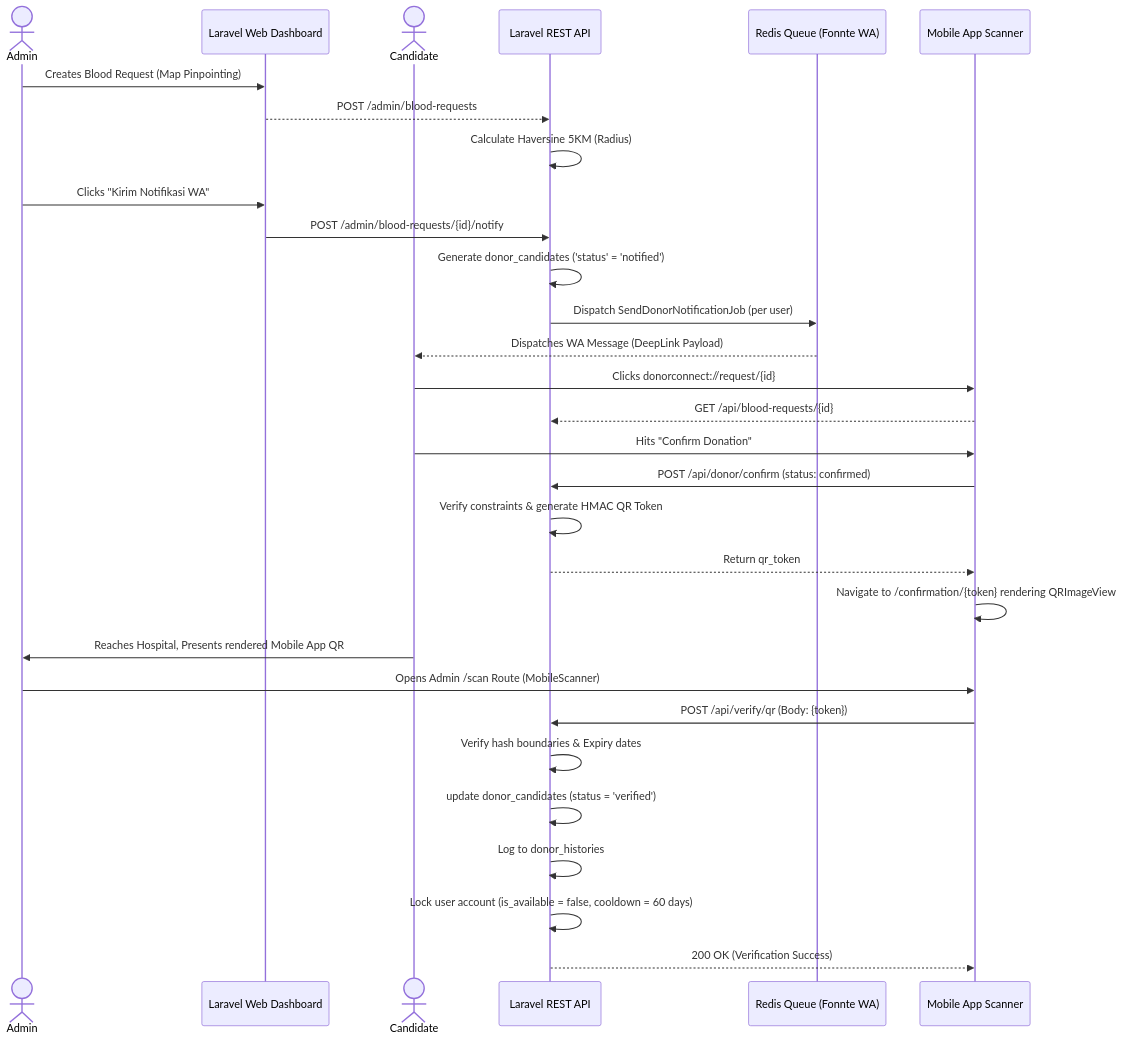
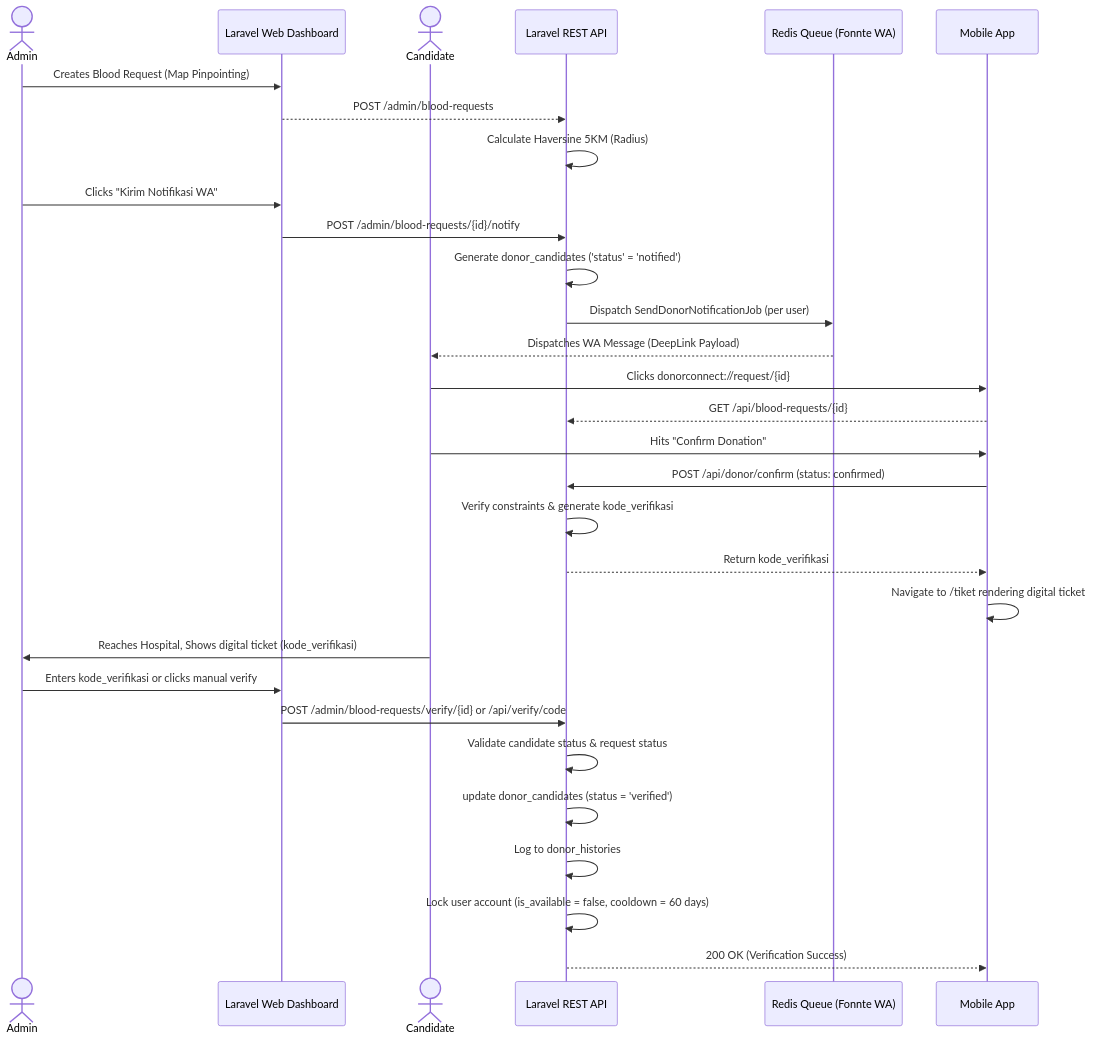
The diagram in donorconnect-backend/docs/sequence_diagram.md (ZkyJackyy/Donor-darah---tugas-akhir), drawn with Mermaid before and after one commit. The commit also changed 52 other files, not shown here.

Commit message:
feat: implement core blood request management system including mobile APIs, admin web dashboards, and donor coordination workflows

````diff
--- a/donorconnect-backend/docs/sequence_diagram.md
+++ b/donorconnect-backend/docs/sequence_diagram.md
@@ -5,44 +5,44 @@
 ```mermaid
 sequenceDiagram
     actor Admin
     participant WebUI as Laravel Web Dashboard
     actor Donor as Candidate
     participant API as Laravel REST API
     participant Worker as Redis Queue (Fonnte WA)
-    participant Flutter as Mobile App Scanner
+    participant Flutter as Mobile App
     
     %% Phase 1: Request
     Admin->>WebUI: Creates Blood Request (Map Pinpointing)
     WebUI-->>API: POST /admin/blood-requests
     API->>API: Calculate Haversine 5KM (Radius)
     
     %% Phase 2: Interception
     Admin->>WebUI: Clicks "Kirim Notifikasi WA"
     WebUI->>API: POST /admin/blood-requests/{id}/notify
     API->>API: Generate donor_candidates ('status' = 'notified')
     API->>Worker: Dispatch SendDonorNotificationJob (per user)
     Worker-->>Donor: Dispatches WA Message (DeepLink Payload)
     
     %% Phase 3: Confirmation
     Donor->>Flutter: Clicks donorconnect://request/{id}
     Flutter-->>API: GET /api/blood-requests/{id}
     Donor->>Flutter: Hits "Confirm Donation"
     Flutter->>API: POST /api/donor/confirm (status: confirmed)
     
-    %% Phase 4: Token Exchange
-    API->>API: Verify constraints & generate HMAC QR Token
-    API-->>Flutter: Return qr_token
-    Flutter->>Flutter: Navigate to /confirmation/{token} rendering QRImageView
+    %% Phase 4: Ticket Issuance
+    API->>API: Verify constraints & generate kode_verifikasi
+    API-->>Flutter: Return kode_verifikasi
+    Flutter->>Flutter: Navigate to /tiket rendering digital ticket
     
-    %% Phase 5: Verification Scans
-    Donor->>Admin: Reaches Hospital, Presents rendered Mobile App QR
-    Admin->>Flutter: Opens Admin /scan Route (MobileScanner)
-    Flutter->>API: POST /api/verify/qr (Body: {token})
-    API->>API: Verify hash boundaries & Expiry dates
+    %% Phase 5: Verification
+    Donor->>Admin: Reaches Hospital, Shows digital ticket (kode_verifikasi)
+    Admin->>WebUI: Enters kode_verifikasi or clicks manual verify
+    WebUI->>API: POST /admin/blood-requests/verify/{id} or /api/verify/code
+    API->>API: Validate candidate status & request status
     
     %% Phase 6: Closure Limits
     API->>API: update donor_candidates (status = 'verified')
     API->>API: Log to donor_histories
     API->>API: Lock user account (is_available = false, cooldown = 60 days)
     API-->>Flutter: 200 OK (Verification Success)
 ```
````
